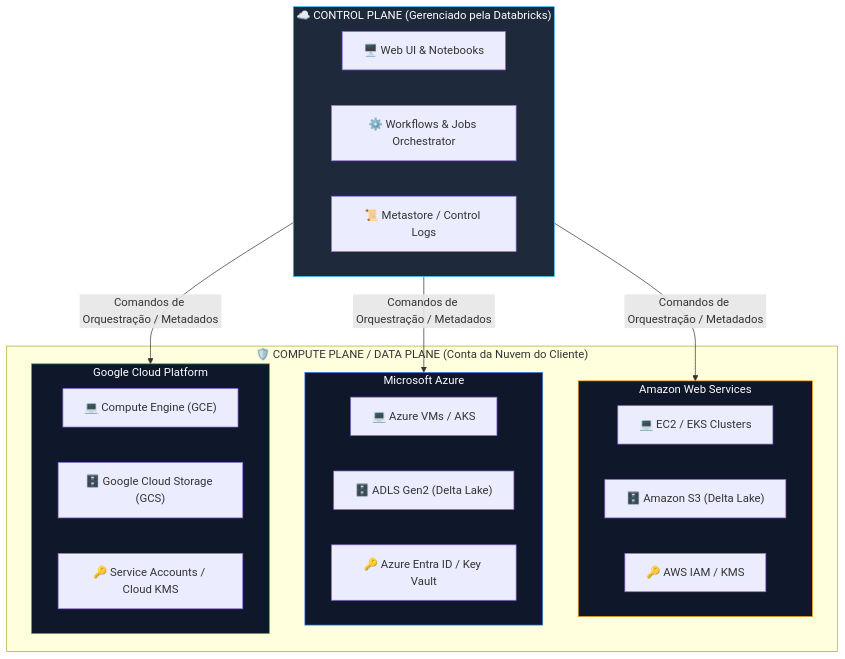
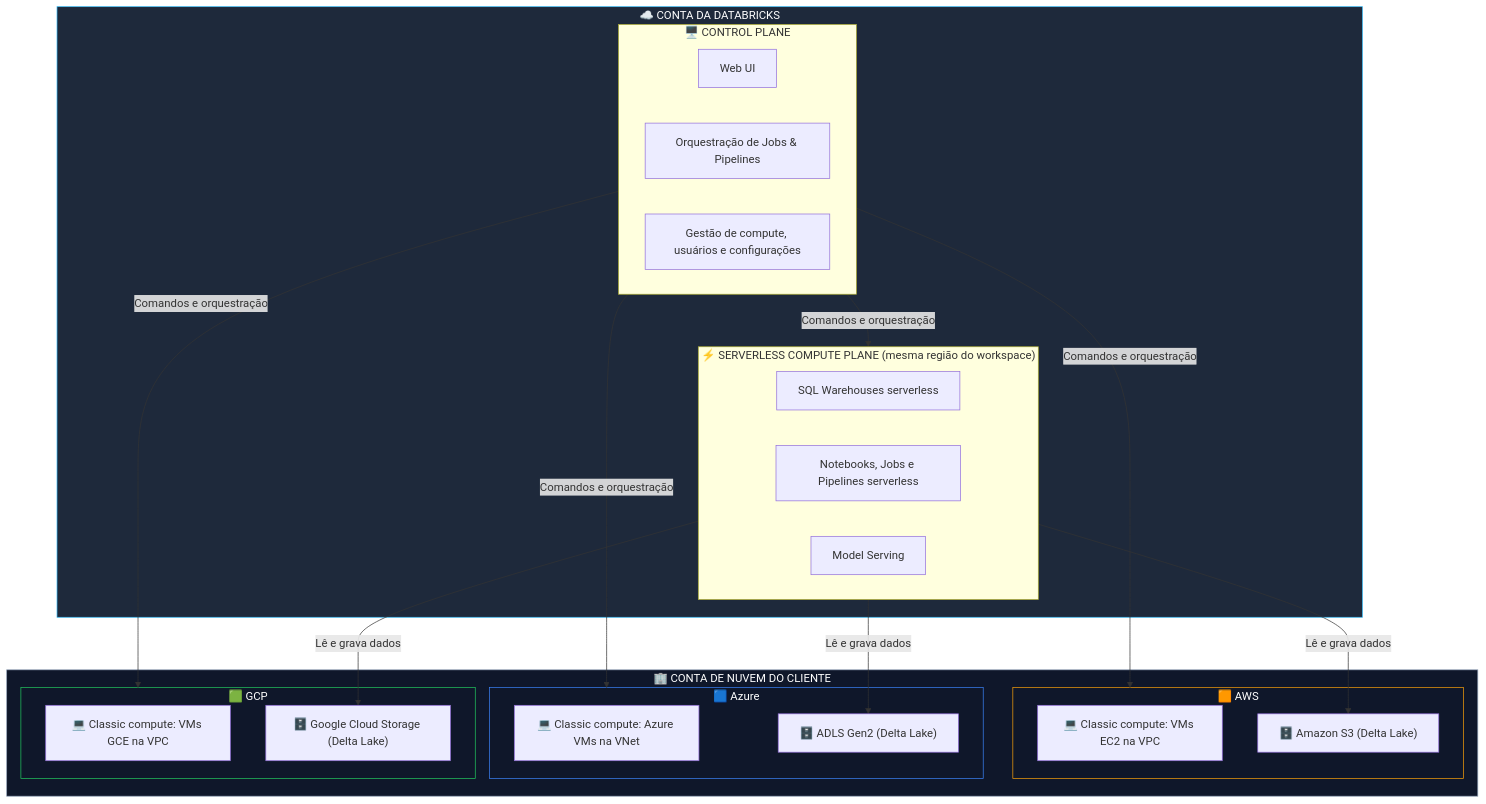
The diagram in certificação Databricks Fundamentals/Módulo 1: Arquitetura da Plataforma Databricks.md (Camilalarissa/My-Data-Journey), drawn with Mermaid before and after one commit. The commit also changed other lines of this file, not shown here.

Commit message:
Update Módulo 1: Arquitetura da Plataforma Databricks.md

````diff
--- a/certificação Databricks Fundamentals/Módulo 1: Arquitetura da Plataforma Databricks.md
+++ b/certificação Databricks Fundamentals/Módulo 1: Arquitetura da Plataforma Databricks.md
@@ -11,37 +17,44 @@
 ```mermaid
 graph TD
-    subgraph ControlPlane ["☁️ CONTROL PLANE (Gerenciado pela Databricks)"]
-        A["🖥️ Web UI & Notebooks"]
-        B["⚙️ Workflows & Jobs Orchestrator"]
-        C["📜 Metastore / Control Logs"]
-    end
-
-    subgraph ComputePlane ["🛡️ COMPUTE PLANE / DATA PLANE (Conta da Nuvem do Cliente)"]
-        subgraph AWS ["Amazon Web Services"]
-            D1["💻 EC2 / EKS Clusters"]
-            D2["🗄️ Amazon S3 (Delta Lake)"]
-            D3["🔑 AWS IAM / KMS"]
+    subgraph DBX ["☁️ CONTA DA DATABRICKS"]
+        subgraph ControlPlane ["🖥️ CONTROL PLANE"]
+            A["Web UI"]
+            B["Orquestração de Jobs & Pipelines"]
+            C["Gestão de compute, usuários e configurações"]
         end
-
-        subgraph Azure ["Microsoft Azure"]
-            E1["💻 Azure VMs / AKS"]
-            E2["🗄️ ADLS Gen2 (Delta Lake)"]
-            E3["🔑 Azure Entra ID / Key Vault"]
-        end
-
-        subgraph GCP ["Google Cloud Platform"]
-            F1["💻 Compute Engine (GCE)"]
-            F2["🗄️ Google Cloud Storage (GCS)"]
-            F3["🔑 Service Accounts / Cloud KMS"]
+        subgraph Serverless ["⚡ SERVERLESS COMPUTE PLANE (mesma região do workspace)"]
+            S1["SQL Warehouses serverless"]
+            S2["Notebooks, Jobs e Pipelines serverless"]
+            S3["Model Serving"]
         end
     end
 
-    ControlPlane -->|Comandos de Orquestração / Metadados| AWS
-    ControlPlane -->|Comandos de Orquestração / Metadados| Azure
-    ControlPlane -->|Comandos de Orquestração / Metadados| GCP
+    subgraph Cliente ["🏢 CONTA DE NUVEM DO CLIENTE"]
+        subgraph AWS ["🟧 AWS"]
+            D1["💻 Classic compute: VMs EC2 na VPC"]
+            D2["🗄️ Amazon S3 (Delta Lake)"]
+        end
+        subgraph Azure ["🟦 Azure"]
+            E1["💻 Classic compute: Azure VMs na VNet"]
+            E2["🗄️ ADLS Gen2 (Delta Lake)"]
+        end
+        subgraph GCP ["🟩 GCP"]
+            F1["💻 Classic compute: VMs GCE na VPC"]
+            F2["🗄️ Google Cloud Storage (Delta Lake)"]
+        end
+    end
 
-    style ControlPlane fill:#1e293b,stroke:#38bdf8,color:#fff
+    ControlPlane -->|Comandos e orquestração| Serverless
+    ControlPlane -->|Comandos e orquestração| AWS
+    ControlPlane -->|Comandos e orquestração| Azure
+    ControlPlane -->|Comandos e orquestração| GCP
+    Serverless -->|Lê e grava dados| D2
+    Serverless -->|Lê e grava dados| E2
+    Serverless -->|Lê e grava dados| F2
+
+    style DBX fill:#1e293b,stroke:#38bdf8,color:#fff
+    style Cliente fill:#0f172a,stroke:#94a3b8,color:#fff
     style AWS fill:#0f172a,stroke:#f59e0b,color:#fff
     style Azure fill:#0f172a,stroke:#3b82f6,color:#fff
     style GCP fill:#0f172a,stroke:#22c55e,color:#fff
 ```
````
